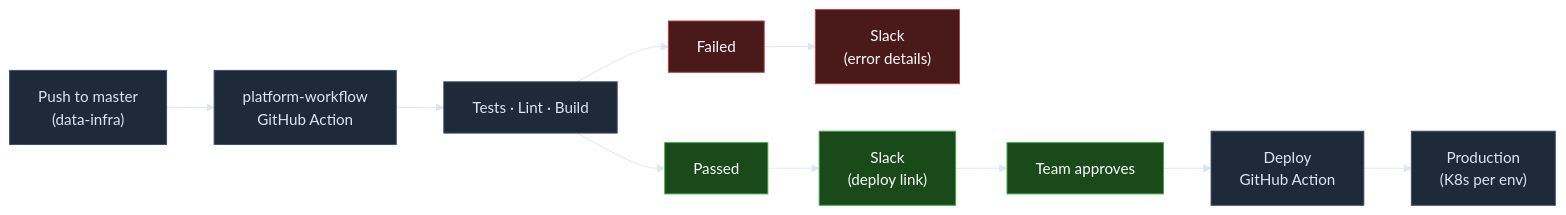
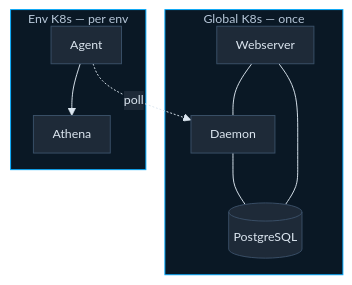
The first of 2 diagrams in pages/07-deployment.md (mosh-ja/itl-presentation), drawn with Mermaid before and after one commit. The commit also changed other lines of this file and 11 other files, not shown here.

````diff
--- a/pages/07-deployment.md
+++ b/pages/07-deployment.md
@@ -13,37 +31,33 @@
 ```mermaid
 %%{init: {
   'theme': 'base',
+  'flowchart': { 'nodeSpacing': 28, 'rankSpacing': 35, 'padding': 10 },
   'themeVariables': {
     'background': '#0B0F14',
     'primaryColor': '#1e2a38',
     'primaryBorderColor': '#3a5068',
     'primaryTextColor': '#dce6f0',
     'lineColor': '#dce6f0',
     'edgeColor': '#7ab8e0',
-    'edgeLabelBackground': '#1e2a38'
+    'edgeLabelBackground': '#1e2a38',
+    'fontSize': '13px',
+    'clusterBkg': '#0a1825',
+    'clusterBorder': '#00aaff'
   }
 }}%%
-graph LR
-    Push["Push to master\n(data-infra)"]
-    GHA1["platform-workflow\nGitHub Action"]
-    CI["Tests · Lint · Build"]
-    Fail["Failed"]
-    Pass["Passed"]
-    SlackFail["Slack\n(error details)"]
-    SlackPass["Slack\n(deploy link)"]
-    Approve["Team approves"]
-    GHA2["Deploy\nGitHub Action"]
-    Prod["Production\n(K8s per env)"]
-
-    Push --> GHA1 --> CI
-    CI --> Fail
-    CI --> Pass
-    Fail --> SlackFail
-    Pass --> SlackPass --> Approve --> GHA2 --> Prod
-
-    classDef ok fill:#1a4a1a,stroke:#44aa44,color:#ffffff
-    classDef bad fill:#4a1a1a,stroke:#aa4444,color:#ffffff
-
-    class Pass,SlackPass,Approve ok
-    class Fail,SlackFail bad
+graph TD
+    subgraph CP["Global K8s — once"]
+        Web["Webserver"]
+        Daemon["Daemon"]
+        PG[("PostgreSQL")]
+        Web --- Daemon
+        Web --- PG
+        Daemon --- PG
+    end
+    subgraph EK["Env K8s — per env"]
+        Agent["Agent"]
+        Athena["Athena"]
+        Agent --> Athena
+    end
+    Agent -.->|poll| Daemon
 ```
````
